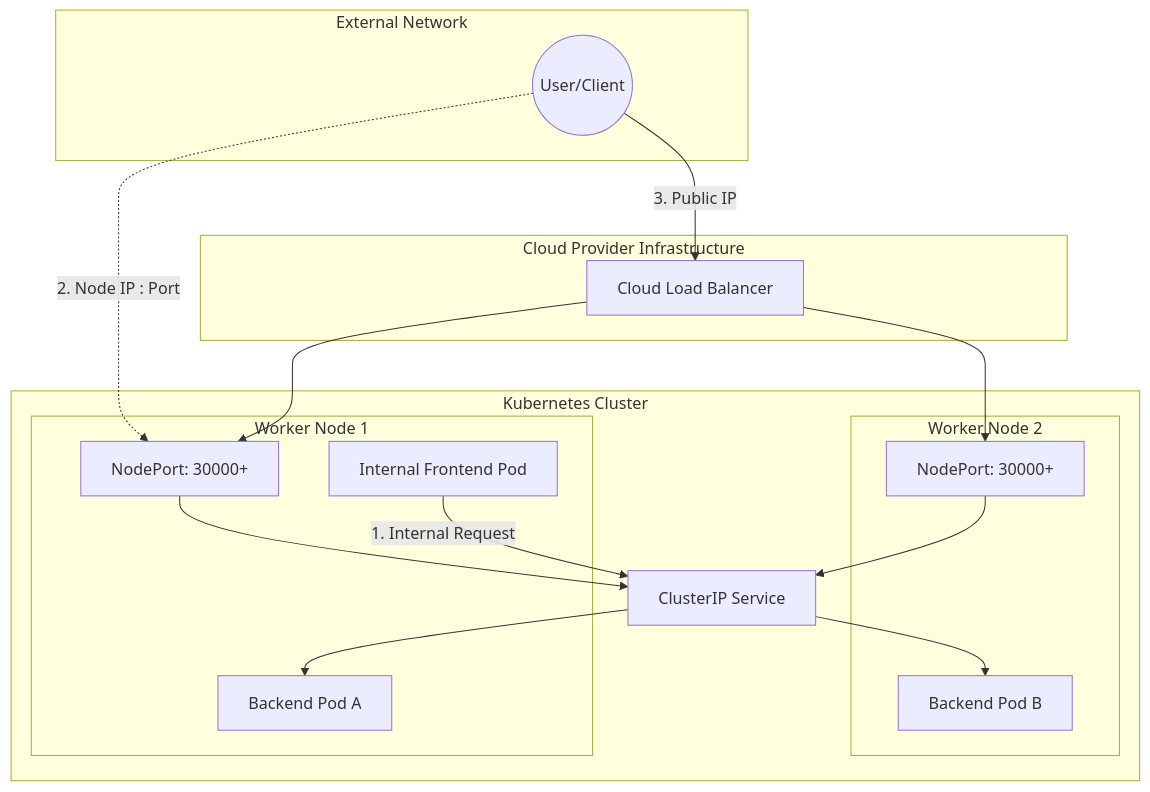
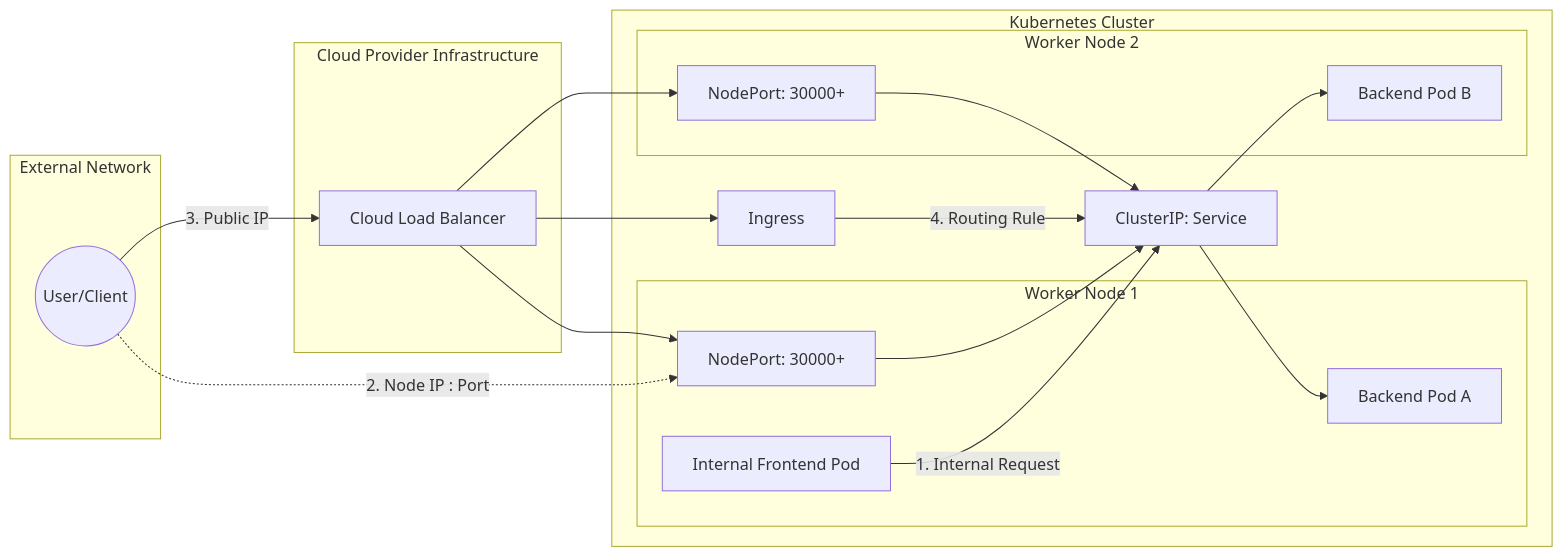
The diagram in labs/network.md (Young-ook/container-lab), drawn with Mermaid before and after one commit.

Commit message:
docs(net): ingress flow update in kube-net dig

````diff
--- a/labs/network.md
+++ b/labs/network.md
@@ -38,40 +38,45 @@
 ```mermaid
-graph TD
+graph LR
     subgraph "External Network"
         User((User/Client))
     end
 
     subgraph "Cloud Provider Infrastructure"
         LB[Cloud Load Balancer]
     end
 
     subgraph "Kubernetes Cluster"
         subgraph "Worker Node 1"
             NP_1[NodePort: 30000+]
             Pod1[Backend Pod A]
             OtherPod[Internal Frontend Pod]
         end
 
         subgraph "Worker Node 2"
             NP_2[NodePort: 30000+]
             Pod2[Backend Pod B]
         end
 
-        CIP[ClusterIP Service]
+        ING[Ingress]
+        CIP[ClusterIP: Service]
     end
 
     %% ClusterIP Flow (Internal)
     OtherPod -- "1. Internal Request" --> CIP
     CIP --> Pod1
     CIP --> Pod2
 
     %% NodePort Flow (Direct to Node)
     User -. "2. Node IP : Port" .-> NP_1
     NP_1 --> CIP
 
     %% LoadBalancer Flow (Cloud Managed)
     User -- "3. Public IP" --> LB
     LB --> NP_1
     LB --> NP_2
     NP_2 --> CIP
+
+    %% Ingress Flow
+    LB --> ING
+    ING -- "4. Routing Rule" --> CIP
 ```
````
